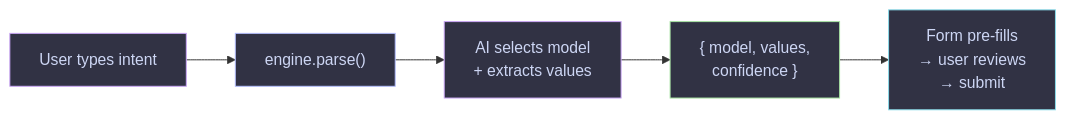
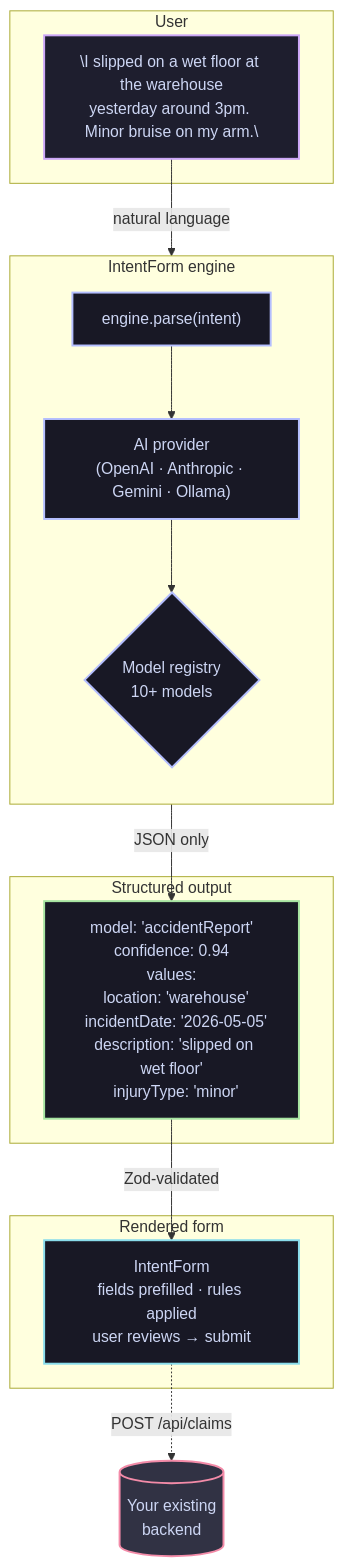
One commit to wraithyy/IntentForm changed the diagram in apps/docs/src/content/docs/index.mdx. Above: the diagram before and after it, drawn with Mermaid. The commit also changed other lines of this file, not shown here.

Commit message:
feat(docs): concrete use-case diagram and inline CTAs on landing

````diff
--- a/apps/docs/src/content/docs/index.mdx
+++ b/apps/docs/src/content/docs/index.mdx
@@ -22,12 +22,38 @@
 ```mermaid
-flowchart LR
-  A["User types intent"] --> B["engine.parse()"]
-  B --> C["AI selects model\n+ extracts values"]
-  C --> D["{ model, values,\n  confidence }"]
-  D --> E["Form pre-fills\n→ user reviews\n→ submit"]
-  style A fill:#313244,stroke:#cba6f7,color:#cdd6f4
-  style B fill:#313244,stroke:#b4befe,color:#cdd6f4
-  style C fill:#313244,stroke:#cba6f7,color:#cdd6f4
-  style D fill:#313244,stroke:#a6e3a1,color:#cdd6f4
-  style E fill:#313244,stroke:#89dceb,color:#cdd6f4
+flowchart TB
+  subgraph U["User"]
+    P["\"I slipped on a wet floor at the warehouse\nyesterday around 3pm. Minor bruise on my arm.\""]
+  end
+
+  subgraph E["IntentForm engine"]
+    direction TB
+    PARSE["engine.parse(intent)"]
+    AI["AI provider\n(OpenAI · Anthropic · Gemini · Ollama)"]
+    SEL{"Model registry\n10+ models"}
+    PARSE --> AI --> SEL
+  end
+
+  subgraph O["Structured output"]
+    OUT["model: 'accidentReport'\nconfidence: 0.94\nvalues:\n  location: 'warehouse'\n  incidentDate: '2026-05-05'\n  description: 'slipped on wet floor'\n  injuryType: 'minor'"]
+  end
+
+  subgraph F["Rendered form"]
+    FORM["IntentForm\nfields prefilled · rules applied\nuser reviews → submit"]
+  end
+
+  P -->|"natural language"| PARSE
+  SEL -->|"JSON only"| OUT
+  OUT -->|"Zod-validated"| FORM
+  FORM -.->|"POST /api/claims"| API[("Your existing\nbackend")]
+
+  classDef user fill:#1e1e2e,stroke:#cba6f7,color:#cdd6f4,stroke-width:2px
+  classDef engine fill:#181825,stroke:#b4befe,color:#cdd6f4,stroke-width:2px
+  classDef output fill:#181825,stroke:#a6e3a1,color:#cdd6f4,stroke-width:2px
+  classDef form fill:#181825,stroke:#89dceb,color:#cdd6f4,stroke-width:2px
+  classDef api fill:#313244,stroke:#f38ba8,color:#cdd6f4,stroke-width:2px
+  class P user
+  class PARSE,AI,SEL engine
+  class OUT output
+  class FORM form
+  class API api
 ```
````
